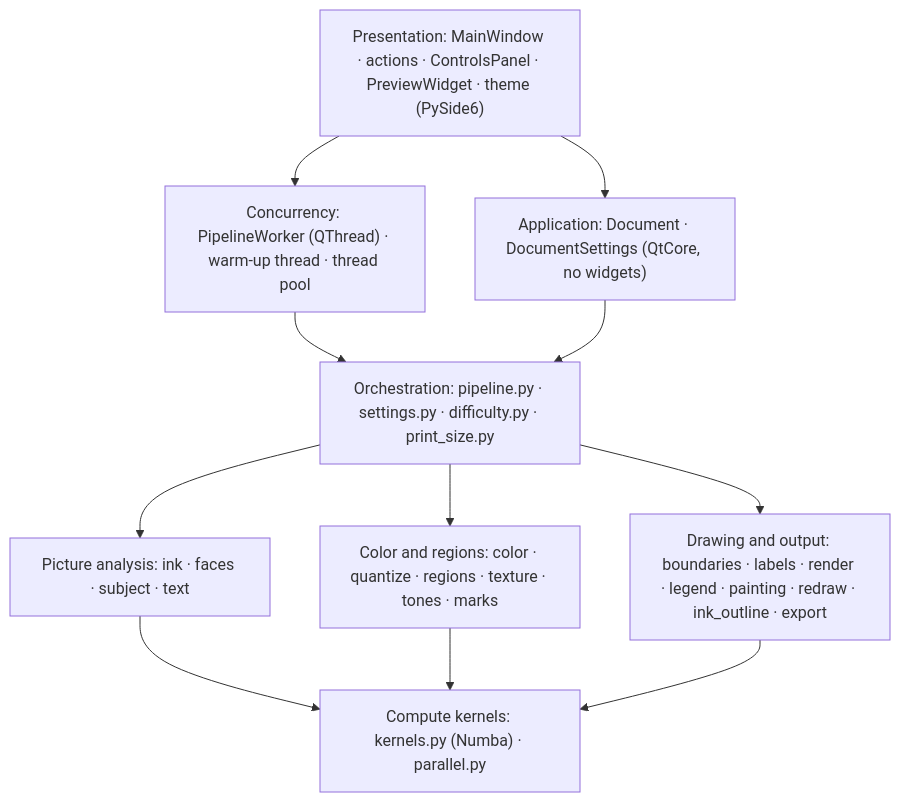
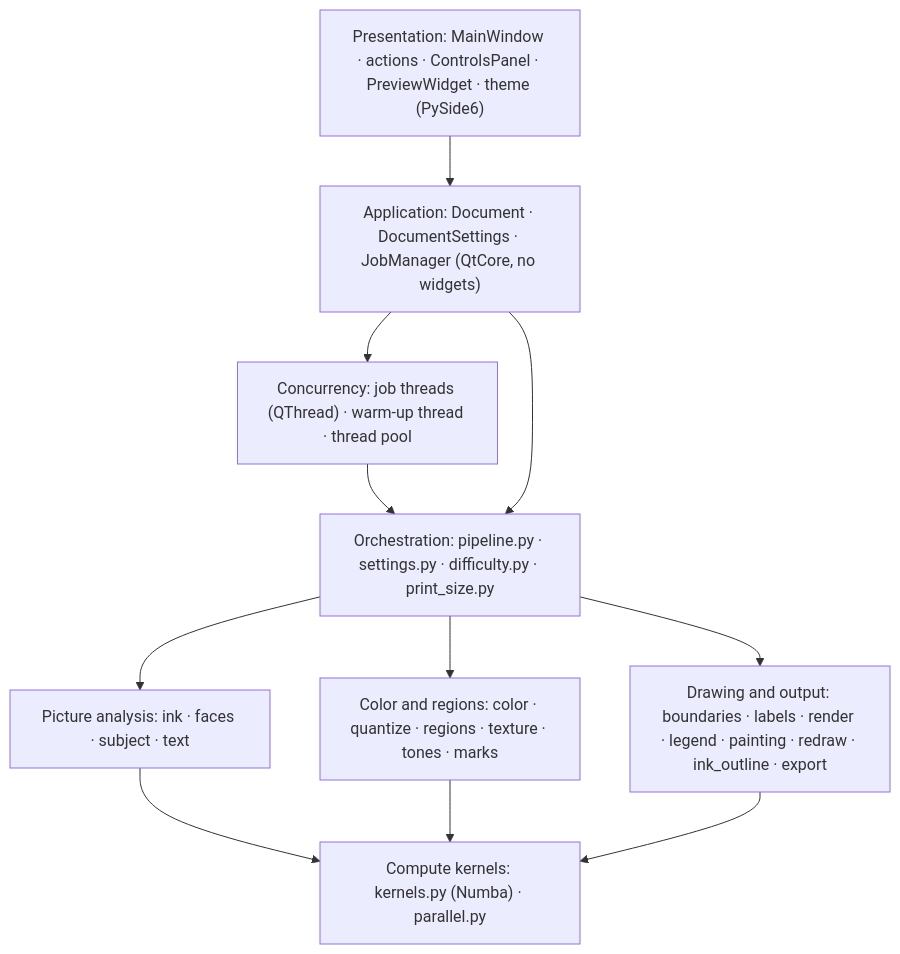
Before and after one commit to maximshilo/tessellatum: the diagram in wiki/Architecture.md, drawn with Mermaid. The commit also changed other lines of this file and 10 other files, not shown here.

````diff
--- a/wiki/Architecture.md
+++ b/wiki/Architecture.md
@@ -5,16 +5,16 @@
 ```mermaid
 flowchart TB
     GUI["Presentation: MainWindow · actions · ControlsPanel · PreviewWidget · theme (PySide6)"]
-    APP["Application: Document · DocumentSettings (QtCore, no widgets)"]
-    W["Concurrency: PipelineWorker (QThread) · warm-up thread · thread pool"]
+    APP["Application: Document · DocumentSettings · JobManager (QtCore, no widgets)"]
+    W["Concurrency: job threads (QThread) · warm-up thread · thread pool"]
     O["Orchestration: pipeline.py · settings.py · difficulty.py · print_size.py"]
     AN["Picture analysis: ink · faces · subject · text"]
     RG["Color and regions: color · quantize · regions · texture · tones · marks"]
     DR["Drawing and output: boundaries · labels · render · legend · painting · redraw · ink_outline · export"]
     K["Compute kernels: kernels.py (Numba) · parallel.py"]
     GUI --> APP
-    GUI --> W --> O
+    APP --> W --> O
     APP --> O
     O --> AN & RG & DR
     AN & RG & DR --> K
 ```
````
